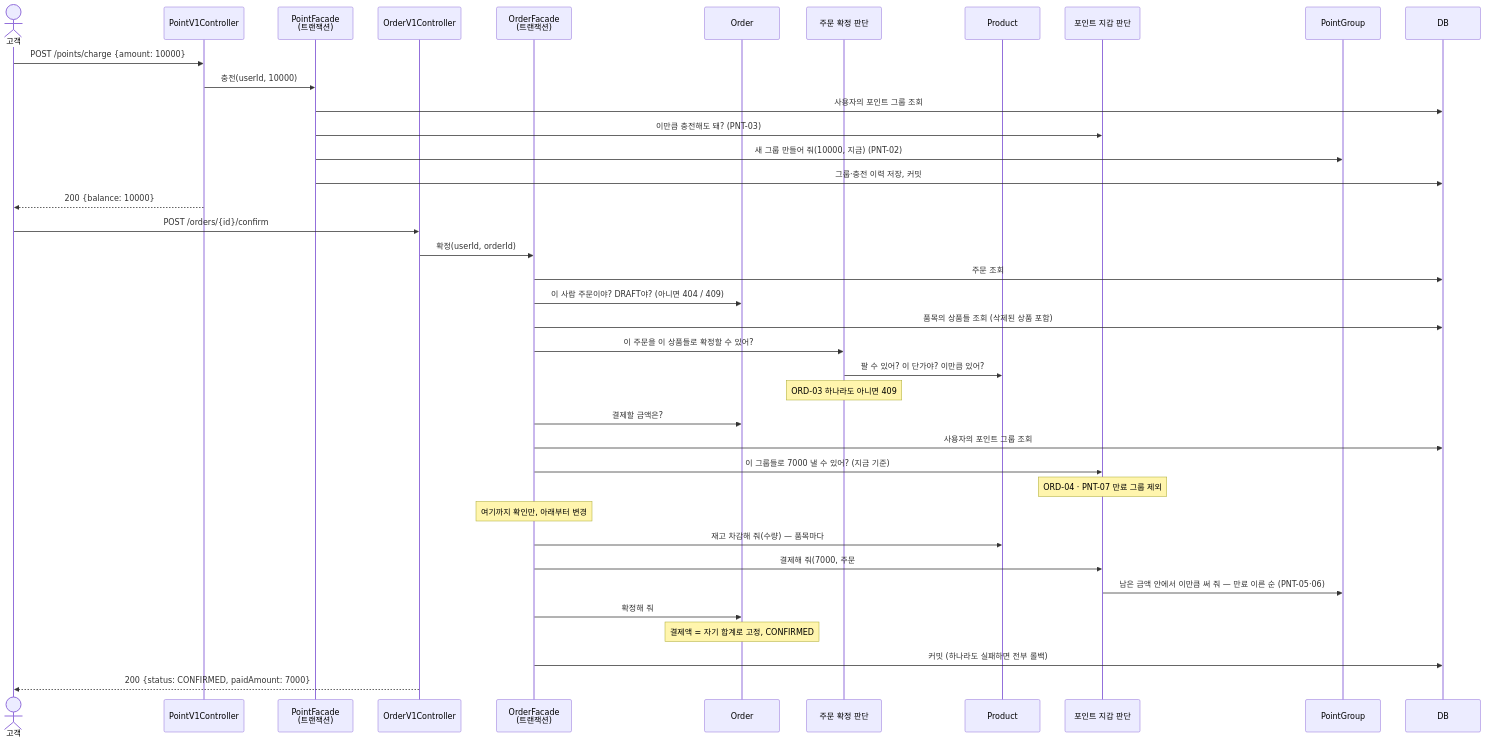
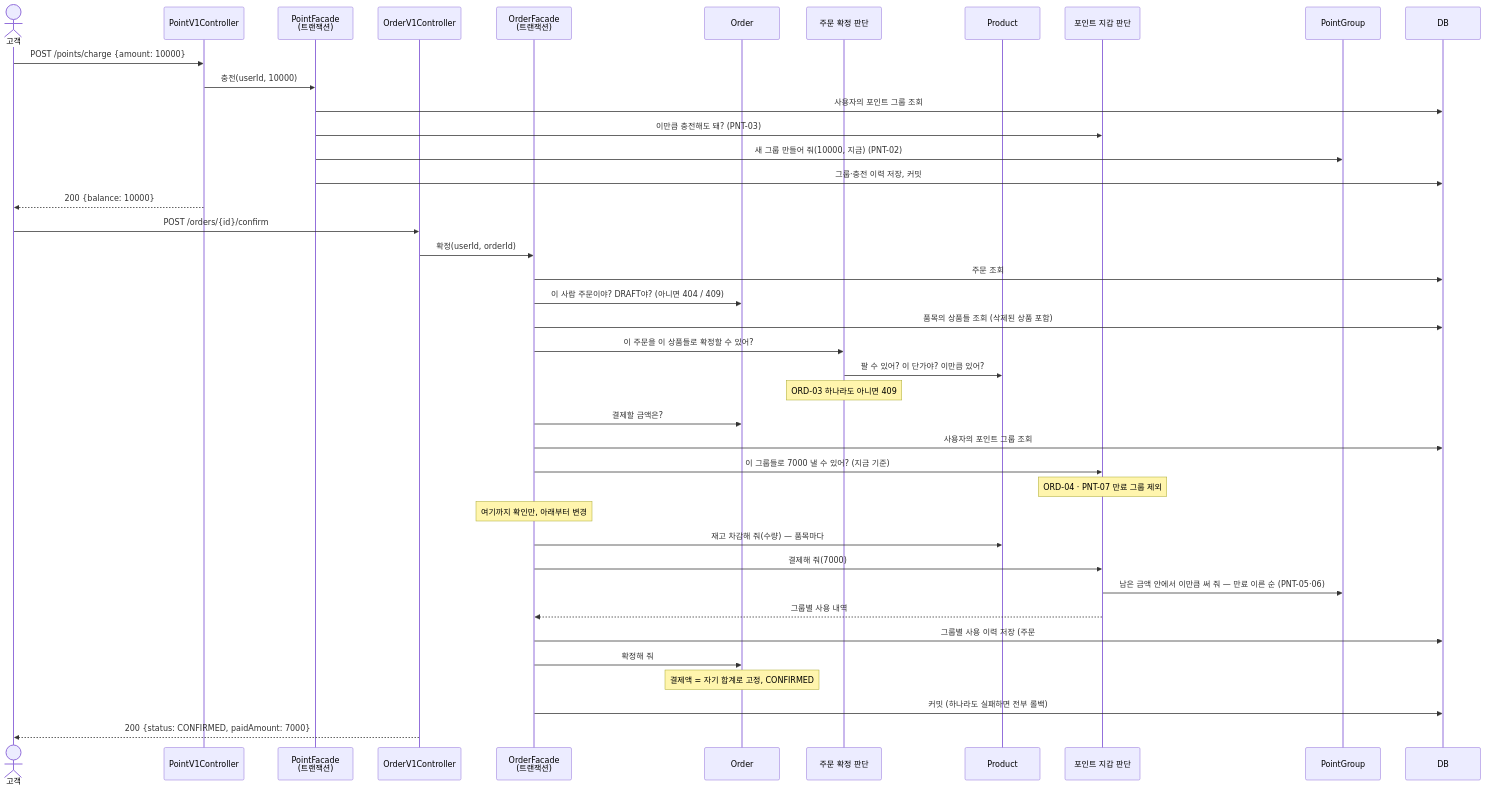
The fourth of 4 diagrams in docs/week2/plan.md (loopers-labs/loop-pack-be-l2-vol5-java), drawn with Mermaid before and after one commit. The commit also changed other lines of this file, not shown here.

````diff
--- a/docs/week2/plan.md
+++ b/docs/week2/plan.md
@@ -399,43 +401,45 @@
 ```mermaid
 sequenceDiagram
   actor 고객
   participant PC as PointV1Controller
   participant PF as PointFacade<br/>(트랜잭션)
   participant OC as OrderV1Controller
   participant OF as OrderFacade<br/>(트랜잭션)
   participant O as Order
   participant CP as 주문 확정 판단
   participant PR as Product
   participant W as 포인트 지갑 판단
   participant G as PointGroup
   participant DB
 
   고객->>PC: POST /points/charge {amount: 10000}
   PC->>PF: 충전(userId, 10000)
   PF->>DB: 사용자의 포인트 그룹 조회
   PF->>W: 이만큼 충전해도 돼? (PNT-03)
   PF->>G: 새 그룹 만들어 줘(10000, 지금) (PNT-02)
   PF->>DB: 그룹·충전 이력 저장, 커밋
   PC-->>고객: 200 {balance: 10000}
 
   고객->>OC: POST /orders/{id}/confirm
   OC->>OF: 확정(userId, orderId)
   OF->>DB: 주문 조회
   OF->>O: 이 사람 주문이야? DRAFT야? (아니면 404 / 409)
   OF->>DB: 품목의 상품들 조회 (삭제된 상품 포함)
   OF->>CP: 이 주문을 이 상품들로 확정할 수 있어?
   CP->>PR: 팔 수 있어? 이 단가야? 이만큼 있어?
   Note over CP: ORD-03 하나라도 아니면 409
   OF->>O: 결제할 금액은?
   OF->>DB: 사용자의 포인트 그룹 조회
   OF->>W: 이 그룹들로 7000 낼 수 있어? (지금 기준)
   Note over W: ORD-04 · PNT-07 만료 그룹 제외
   Note over OF: 여기까지 확인만, 아래부터 변경
   OF->>PR: 재고 차감해 줘(수량) — 품목마다
-  OF->>W: 결제해 줘(7000, 주문 #id)
+  OF->>W: 결제해 줘(7000)
   W->>G: 남은 금액 안에서 이만큼 써 줘 — 만료 이른 순 (PNT-05·06)
+  W-->>OF: 그룹별 사용 내역
+  OF->>DB: 그룹별 사용 이력 저장 (주문 #id)
   OF->>O: 확정해 줘
   Note over O: 결제액 = 자기 합계로 고정, CONFIRMED
   OF->>DB: 커밋 (하나라도 실패하면 전부 롤백)
   OC-->>고객: 200 {status: CONFIRMED, paidAmount: 7000}
 ```
````
